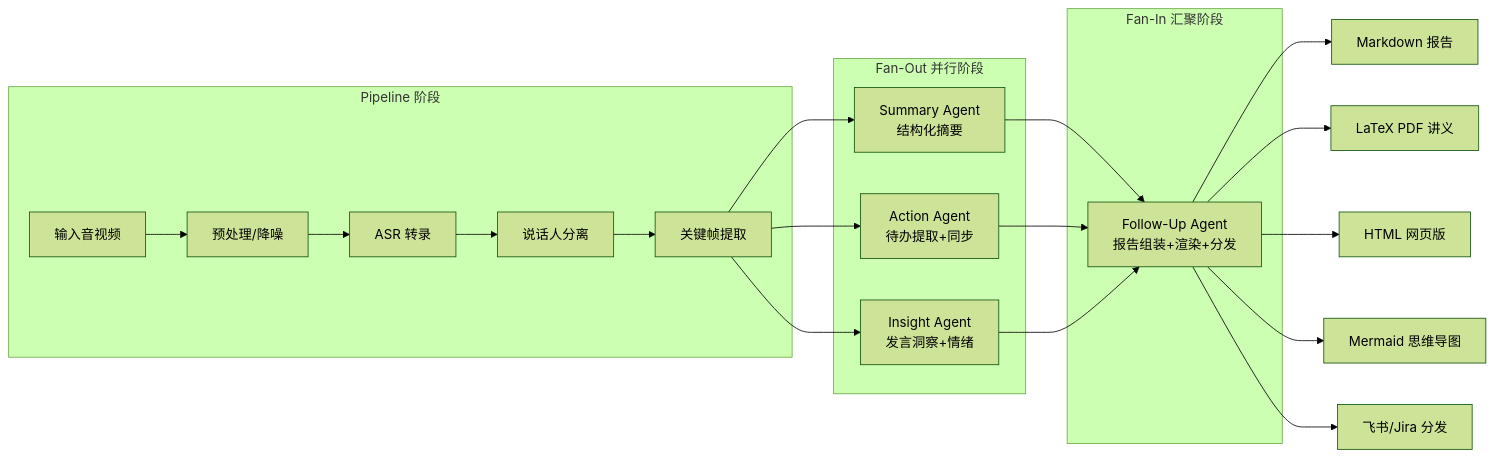
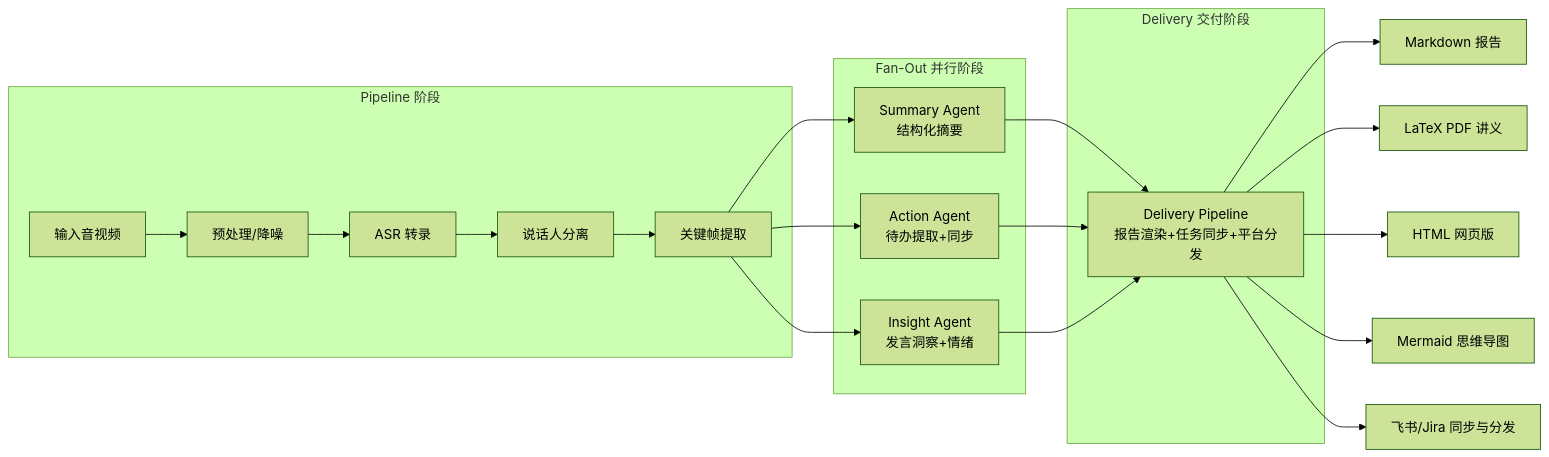
One commit to drfgjko/smartmeet-agent-suite changed the fourth of 5 diagrams in docs/architecture.md. Above: the diagram before and after it, drawn with Mermaid (forest theme). The commit also changed other lines of this file and 5 other files, not shown here.

````diff
--- a/docs/architecture.md
+++ b/docs/architecture.md
@@ -244,28 +244,28 @@
 ```mermaid
 graph LR
     subgraph Pipeline["Pipeline 阶段"]
         Input["输入音视频"] --> Pre["预处理/降噪"]
         Pre --> ASR["ASR 转录"]
         ASR --> Diar["说话人分离"]
         Diar --> Frames["关键帧提取"]
     end
 
     subgraph FanOut["Fan-Out 并行阶段"]
         S1["Summary Agent<br/>结构化摘要"]
         S2["Action Agent<br/>待办提取+同步"]
         S3["Insight Agent<br/>发言洞察+情绪"]
     end
 
-    subgraph FanIn["Fan-In 汇聚阶段"]
-        FU["Follow-Up Agent<br/>报告组装+渲染+分发"]
+    subgraph FanIn["Delivery 交付阶段"]
+        DEL["Delivery Pipeline<br/>报告渲染+任务同步+平台分发"]
     end
 
     Frames --> S1 & S2 & S3
-    S1 & S2 & S3 --> FU
+    S1 & S2 & S3 --> DEL
     
-    FU --> MD["Markdown 报告"]
-    FU --> PDF["LaTeX PDF 讲义"]
-    FU --> HTML["HTML 网页版"]
-    FU --> MM["Mermaid 思维导图"]
-    FU --> DS["飞书/Jira 分发"]
+    DEL --> MD["Markdown 报告"]
+    DEL --> PDF["LaTeX PDF 讲义"]
+    DEL --> HTML["HTML 网页版"]
+    DEL --> MM["Mermaid 思维导图"]
+    DEL --> DS["飞书/Jira 同步与分发"]
 ```
````
